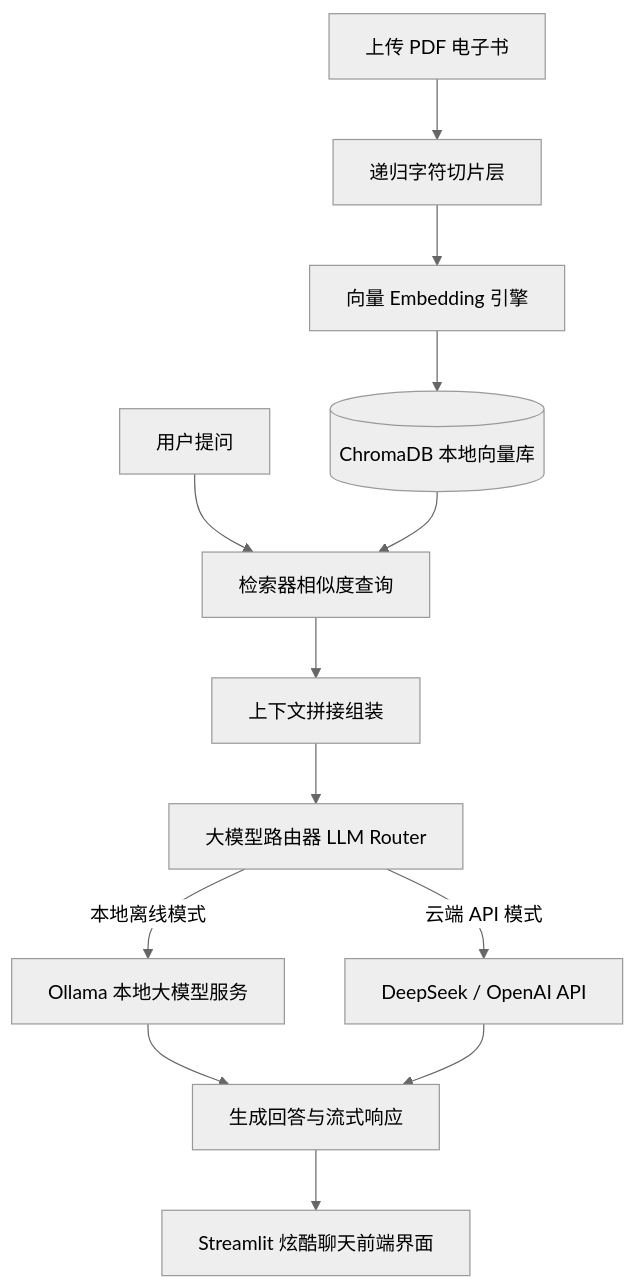
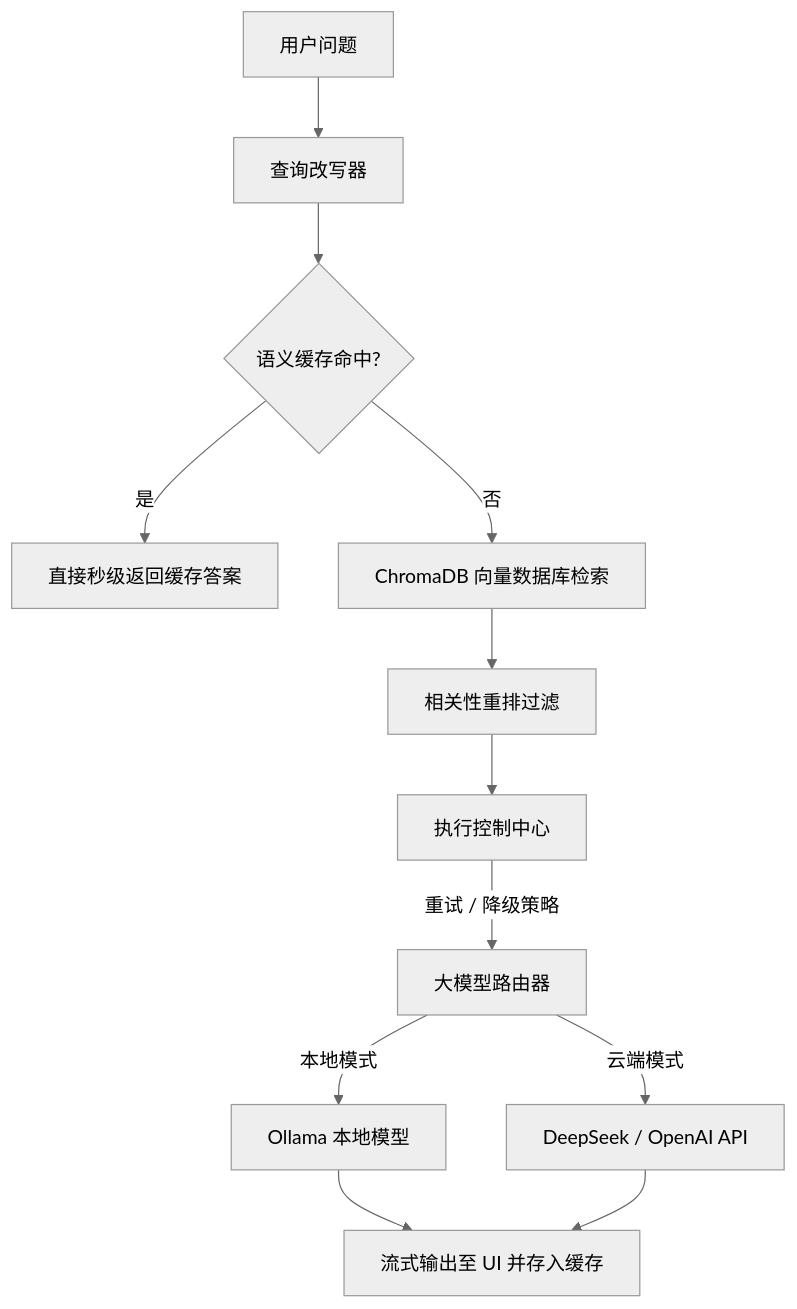
One commit to Hao610/AI-Model-Atlas changed the diagram in projects/rag-app/README_zh.md. Above: the diagram before and after it, drawn with Mermaid (neutral theme). The commit also changed other lines of this file and 2 other files, not shown here.

Commit message:
Complete v2.5 open-source productization release. Overhaul READMEs to flagship layout and add START_HERE Onboarding Guide

````diff
--- a/projects/rag-app/README_zh.md
+++ b/projects/rag-app/README_zh.md
@@ -11,18 +13,18 @@
 ```mermaid
 flowchart TD
-    A[上传 PDF 电子书] --> B[递归字符切片层]
-    B --> C[向量 Embedding 引擎]
-    C --> D[(ChromaDB 本地向量库)]
+    UserQuery[用户问题] --> QueryRewriter[查询改写器]
+    QueryRewriter --> SemanticCacheCheck{语义缓存命中?}
     
-    UserQuery[用户提问] --> E[检索器相似度查询]
-    D --> E
-    E --> F[上下文拼接组装]
-    F --> G[大模型路由器 LLM Router]
+    SemanticCacheCheck -->|是| InstantReturn[直接秒级返回缓存答案]
+    SemanticCacheCheck -->|否| VectorSearch[ChromaDB 向量数据库检索]
     
-    G -->|本地离线模式| H[Ollama 本地大模型服务]
-    G -->|云端 API 模式| I[DeepSeek / OpenAI API]
+    VectorSearch --> Reranker[相关性重排过滤]
+    Reranker --> ExecutionController[执行控制中心]
     
-    H --> J[生成回答与流式响应]
-    I --> J
-    J --> K[Streamlit 炫酷聊天前端界面]
+    ExecutionController -->|重试 / 降级策略| LLMRouter[大模型路由器]
+    LLMRouter -->|本地模式| Ollama[Ollama 本地模型]
+    LLMRouter -->|云端模式| CloudAPI[DeepSeek / OpenAI API]
+    
+    Ollama --> StreamOutput[流式输出至 UI 并存入缓存]
+    CloudAPI --> StreamOutput
 ```
````
